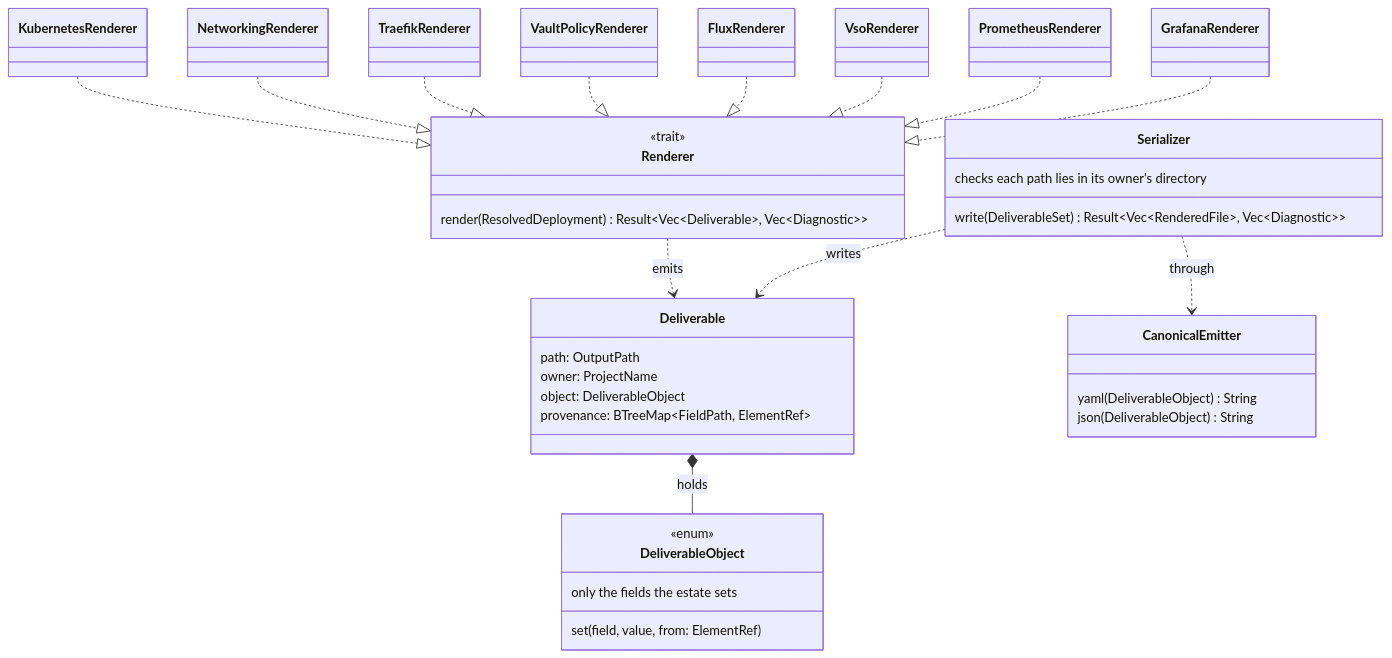
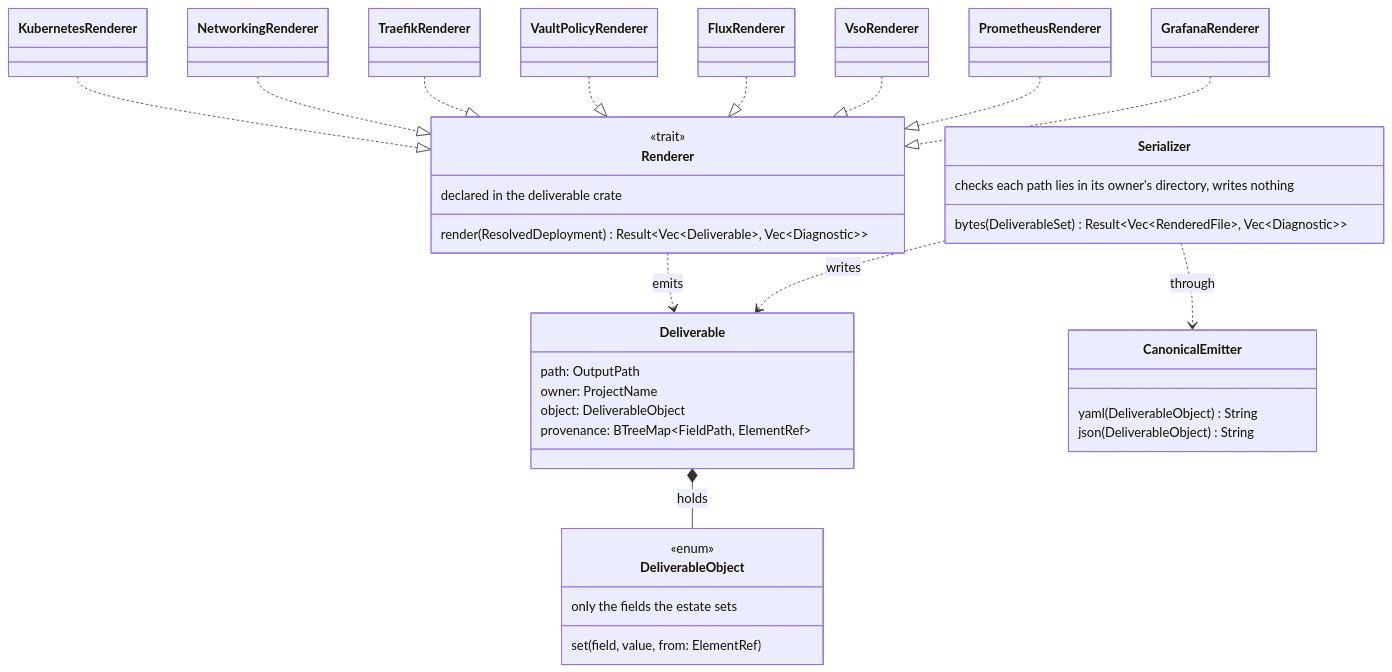
The diagram in docs/diagrams/raw/rust-step-render.mmd (JorisJonkers-dev/estate-kit), drawn with Mermaid before and after one commit. The commit also changed 45 other files, not shown here.

```diff
--- a/docs/diagrams/raw/rust-step-render.mmd
+++ b/docs/diagrams/raw/rust-step-render.mmd
@@ -1,58 +1,59 @@
 %% title: Rust: eight renderers behind one trait, and one serializer
 classDiagram
     direction TB
     class Renderer {
         <<trait>>
         render(ResolvedDeployment) Result#lt;Vec#lt;Deliverable#gt;, Vec#lt;Diagnostic#gt;#gt;
+        declared in the deliverable crate
     }
     class KubernetesRenderer {
     }
     class NetworkingRenderer {
     }
     class TraefikRenderer {
     }
     class VaultPolicyRenderer {
     }
     class FluxRenderer {
     }
     class VsoRenderer {
     }
     class PrometheusRenderer {
     }
     class GrafanaRenderer {
     }
     class Deliverable {
         path: OutputPath
         owner: ProjectName
         object: DeliverableObject
         provenance: BTreeMap#lt;FieldPath, ElementRef#gt;
     }
     class DeliverableObject {
         <<enum>>
         only the fields the estate sets
         set(field, value, from: ElementRef)
     }
     class Serializer {
-        write(DeliverableSet) Result#lt;Vec#lt;RenderedFile#gt;, Vec#lt;Diagnostic#gt;#gt;
-        checks each path lies in its owner's directory
+        bytes(DeliverableSet) Result#lt;Vec#lt;RenderedFile#gt;, Vec#lt;Diagnostic#gt;#gt;
+        checks each path lies in its owner's directory, writes nothing
     }
     class CanonicalEmitter {
         yaml(DeliverableObject) String
         json(DeliverableObject) String
     }
     KubernetesRenderer ..|> Renderer
     NetworkingRenderer ..|> Renderer
     TraefikRenderer ..|> Renderer
     VaultPolicyRenderer ..|> Renderer
     FluxRenderer ..|> Renderer
     VsoRenderer ..|> Renderer
     PrometheusRenderer ..|> Renderer
     GrafanaRenderer ..|> Renderer
     Renderer ..> Deliverable : emits
     Deliverable *-- DeliverableObject : holds
     Serializer ..> Deliverable : writes
     Serializer ..> CanonicalEmitter : through
     classDef accent fill:#0000a1,stroke:#0000b1
     classDef data fill:#0000a2,stroke:#0000b2
     class Renderer:::accent
     class Deliverable:::data
```
